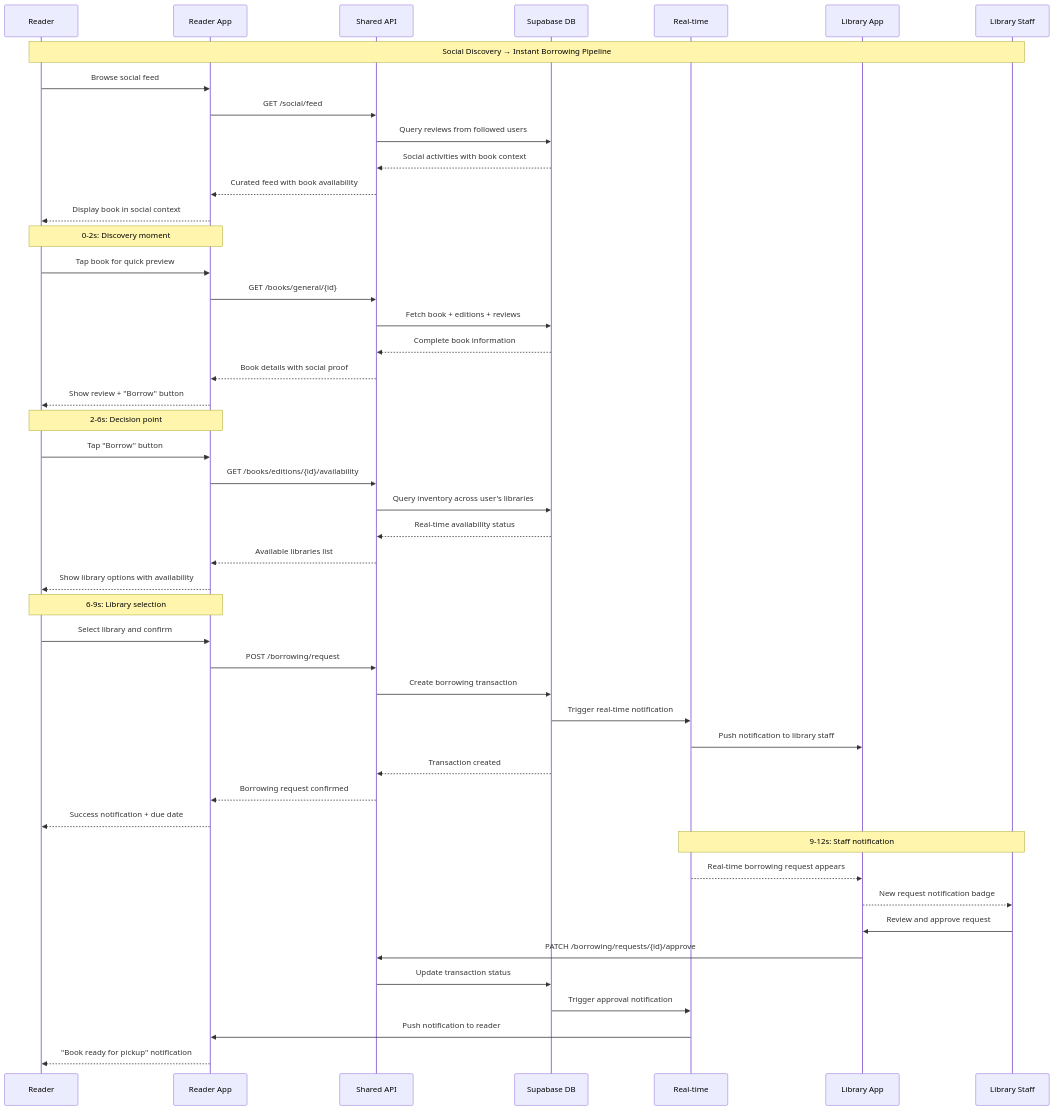
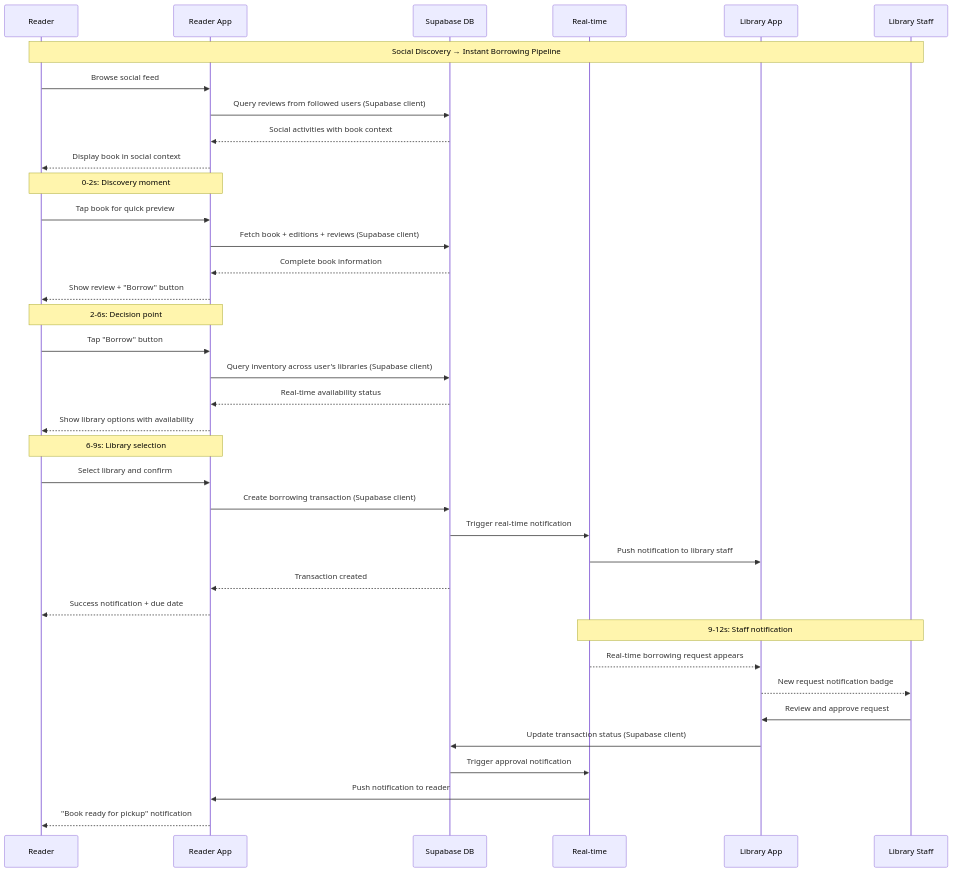
One commit to tronghieu/ezlib changed the third of 5 diagrams in docs/architecture.md. Above: the diagram before and after it, drawn with Mermaid. The commit also changed other lines of this file and 2 other files, not shown here.

Commit message:
Upgrade architecture docs

````diff
--- a/docs/architecture.md
+++ b/docs/architecture.md
@@ -1149,55 +1135,45 @@
 ```mermaid
 sequenceDiagram
     participant R as Reader
     participant RA as Reader App
-    participant API as Shared API
     participant DB as Supabase DB
     participant RT as Real-time
     participant LA as Library App
     participant LS as Library Staff
 
     Note over R,LS: Social Discovery → Instant Borrowing Pipeline
 
     R->>RA: Browse social feed
-    RA->>API: GET /social/feed
-    API->>DB: Query reviews from followed users
-    DB-->>API: Social activities with book context
-    API-->>RA: Curated feed with book availability
+    RA->>DB: Query reviews from followed users (Supabase client)
+    DB-->>RA: Social activities with book context
     RA-->>R: Display book in social context
 
     Note over R,RA: 0-2s: Discovery moment
     R->>RA: Tap book for quick preview
-    RA->>API: GET /books/general/{id}
-    API->>DB: Fetch book + editions + reviews
-    DB-->>API: Complete book information
-    API-->>RA: Book details with social proof
+    RA->>DB: Fetch book + editions + reviews (Supabase client)
+    DB-->>RA: Complete book information
     RA-->>R: Show review + "Borrow" button
 
     Note over R,RA: 2-6s: Decision point
     R->>RA: Tap "Borrow" button
-    RA->>API: GET /books/editions/{id}/availability
-    API->>DB: Query inventory across user's libraries
-    DB-->>API: Real-time availability status
-    API-->>RA: Available libraries list
+    RA->>DB: Query inventory across user's libraries (Supabase client)
+    DB-->>RA: Real-time availability status
     RA-->>R: Show library options with availability
 
     Note over R,RA: 6-9s: Library selection
     R->>RA: Select library and confirm
-    RA->>API: POST /borrowing/request
-    API->>DB: Create borrowing transaction
+    RA->>DB: Create borrowing transaction (Supabase client)
     DB->>RT: Trigger real-time notification
     RT->>LA: Push notification to library staff
-    DB-->>API: Transaction created
-    API-->>RA: Borrowing request confirmed
+    DB-->>RA: Transaction created
     RA-->>R: Success notification + due date
 
     Note over RT,LS: 9-12s: Staff notification
     RT-->>LA: Real-time borrowing request appears
     LA-->>LS: New request notification badge
     LS->>LA: Review and approve request
-    LA->>API: PATCH /borrowing/requests/{id}/approve
-    API->>DB: Update transaction status
+    LA->>DB: Update transaction status (Supabase client)
     DB->>RT: Trigger approval notification
     RT->>RA: Push notification to reader
     RA-->>R: "Book ready for pickup" notification
 ```
````
